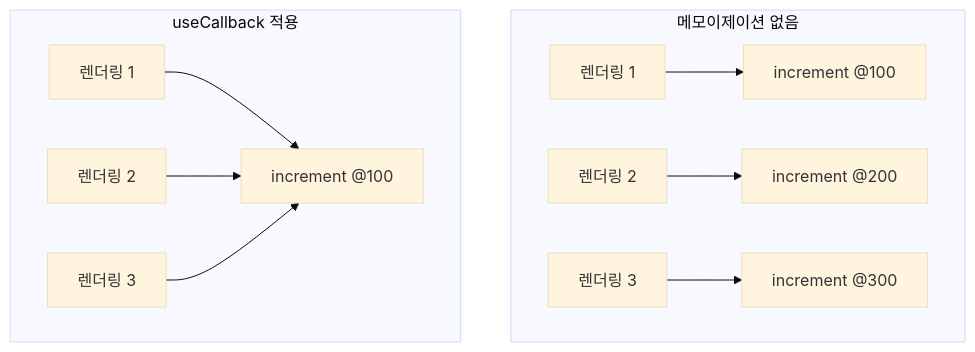
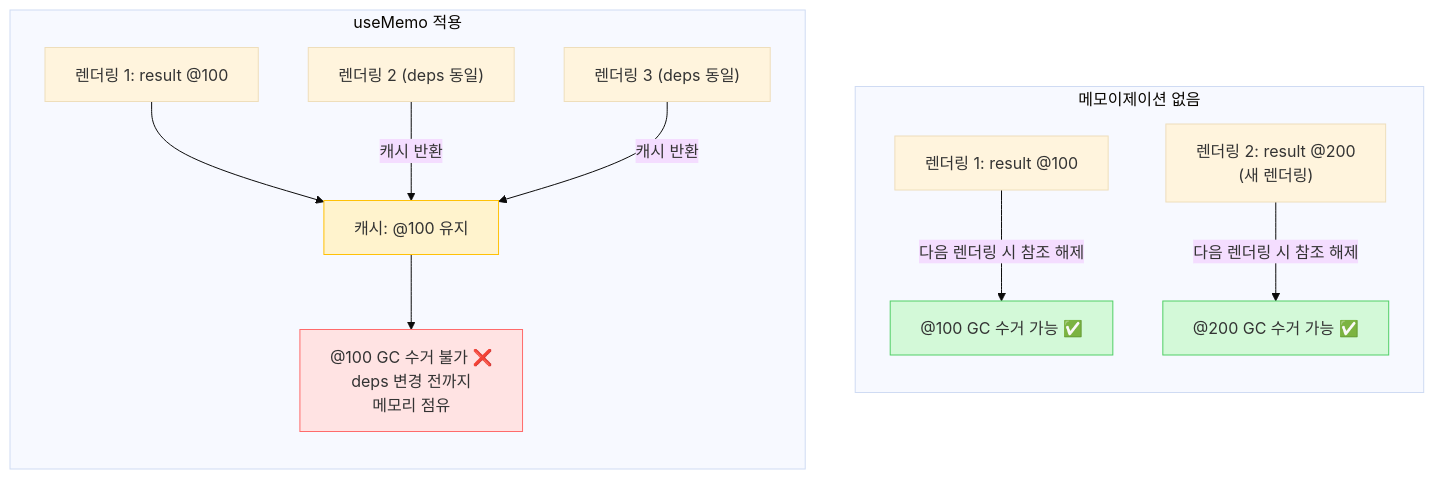
One commit to codefug/codefug.github.io changed diagram 13 of 19 in markdown/2026-01-18/ko/content.mdx. Above: the diagram before and after it, drawn with Mermaid (base theme). The commit also changed other lines of this file and 2 other files, not shown here.

First line of the commit message:
docs: useCallback, useMemo 포스트 영문 내용 정정

````diff
--- a/markdown/2026-01-18/ko/content.mdx
+++ b/markdown/2026-01-18/ko/content.mdx
@@ -1242,14 +936,30 @@
 ```mermaid
 flowchart TB
-    subgraph "메모이제이션 없음"
-        A1[렌더링 1] --> B1["increment @100"]
-        A2[렌더링 2] --> B2["increment @200"]
-        A3[렌더링 3] --> B3["increment @300"]
+    subgraph Without["메모이제이션 없음"]
+        direction TB
+        A1["렌더링 1: result @100"]
+        A2["렌더링 2: result @200
+        (새 렌더링)"]
+        A1 -->|"다음 렌더링 시 참조 해제"| GC1["@100 GC 수거 가능 ✅"]
+        A2 -->|"다음 렌더링 시 참조 해제"| GC2["@200 GC 수거 가능 ✅"]
     end
 
-    subgraph "useCallback 적용"
-        C1[렌더링 1] --> D1["increment @100"]
-        C2[렌더링 2] --> D1
-        C3[렌더링 3] --> D1
+    subgraph With["useMemo 적용"]
+        direction TB
+        C1["렌더링 1: result @100"]
+        C2["렌더링 2 (deps 동일)"]
+        C3["렌더링 3 (deps 동일)"]
+        CACHE["캐시: @100 유지"]
+        C1 --> CACHE
+        C2 -->|"캐시 반환"| CACHE
+        C3 -->|"캐시 반환"| CACHE
+        CACHE --> BLOCK["@100 GC 수거 불가 ❌
+        deps 변경 전까지
+        메모리 점유"]
     end
+
+    style BLOCK fill:#ffe3e3,stroke:#ff6b6b
+    style GC1 fill:#d3f9d8,stroke:#51cf66
+    style GC2 fill:#d3f9d8,stroke:#51cf66
+    style CACHE fill:#fff3cd,stroke:#ffc107
 ```
````
